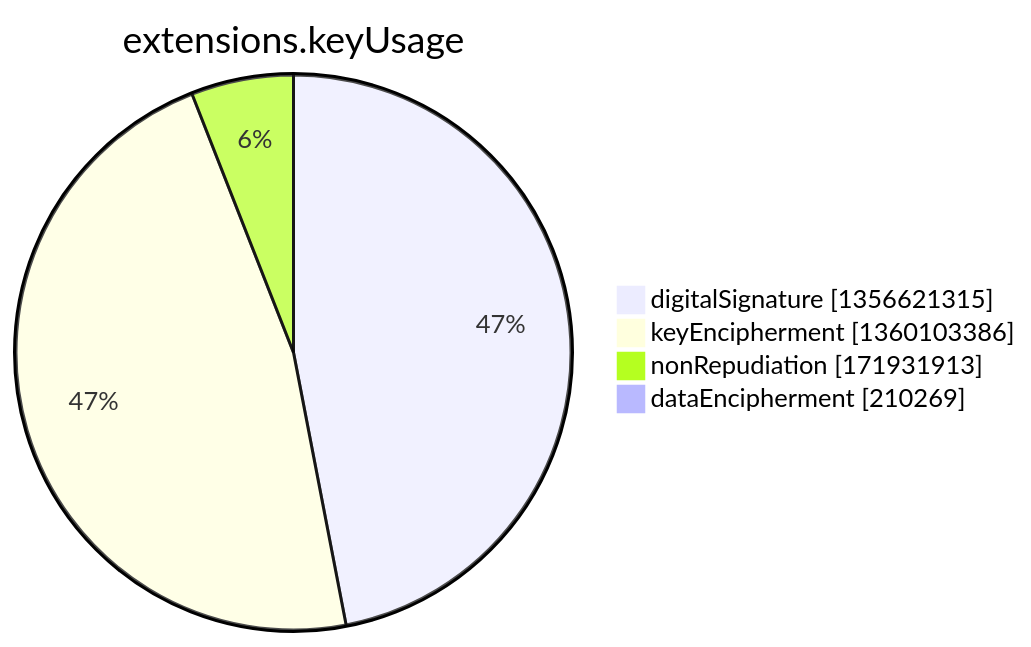
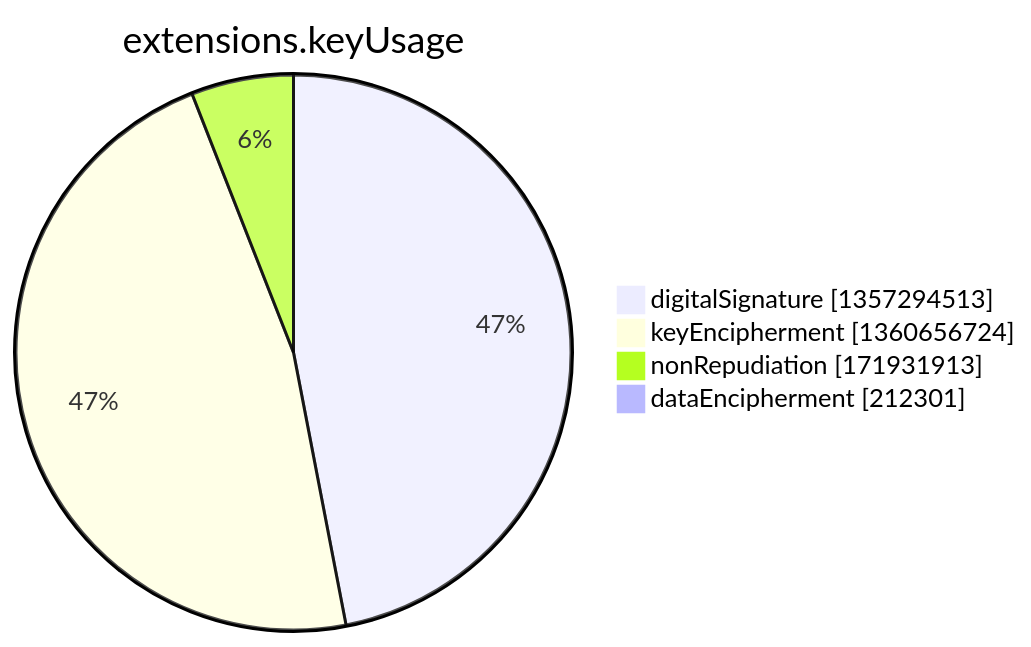
One commit to christiankrug/ctmonitor_visualization changed the seventh of 15 diagrams in argon2022/README.md. Above: the diagram before and after it, drawn with Mermaid. The commit also changed other lines of this file, not shown here.

````diff
--- a/argon2022/README.md
+++ b/argon2022/README.md
@@ -2750,8 +2750,8 @@
 ```mermaid
 pie showData
 title extensions.keyUsage
-"digitalSignature" :1356621315
-"keyEncipherment" :1360103386
+"digitalSignature" :1357294513
+"keyEncipherment" :1360656724
 "nonRepudiation" :171931913
-"dataEncipherment" :210269
+"dataEncipherment" :212301
 ```
````
